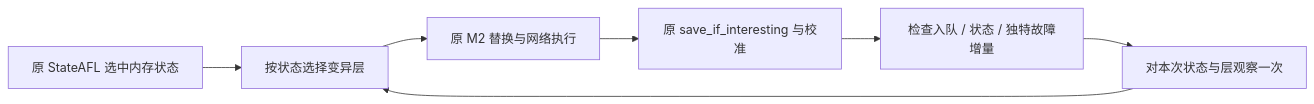
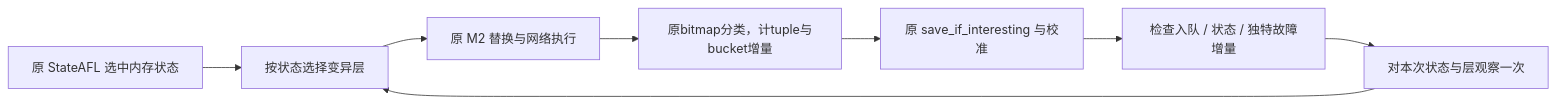
Before and after one commit to gff-cw/CLOFuzz: the diagram in docs/online-directed-integration.md, drawn with Mermaid. The commit also changed other lines of this file and 3 other files, not shown here.

````diff
--- a/docs/online-directed-integration.md
+++ b/docs/online-directed-integration.md
@@ -54,9 +63,10 @@
 ```mermaid
 flowchart LR
   S[原 StateAFL 选中内存状态] --> L[按状态选择变异层]
   L --> M[原 M2 替换与网络执行]
-  M --> R[原 save_if_interesting 与校准]
+  M --> C[原bitmap分类，计tuple与bucket增量]
+  C --> R[原 save_if_interesting 与校准]
   R --> D[检查入队 / 状态 / 独特故障增量]
   D --> O[对本次状态与层观察一次]
   O --> L
 ```
````
